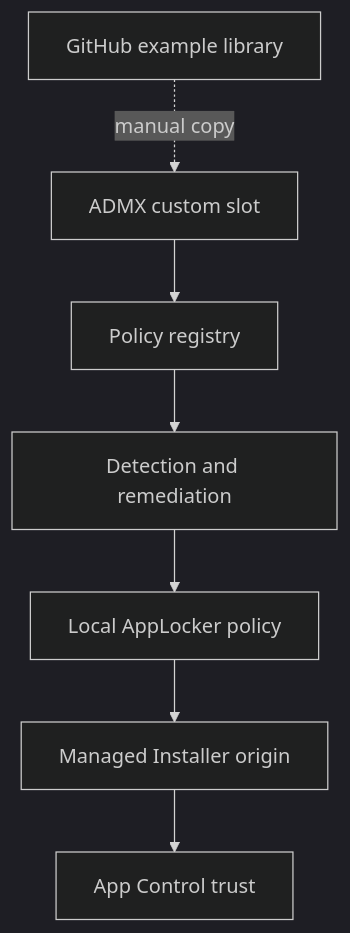
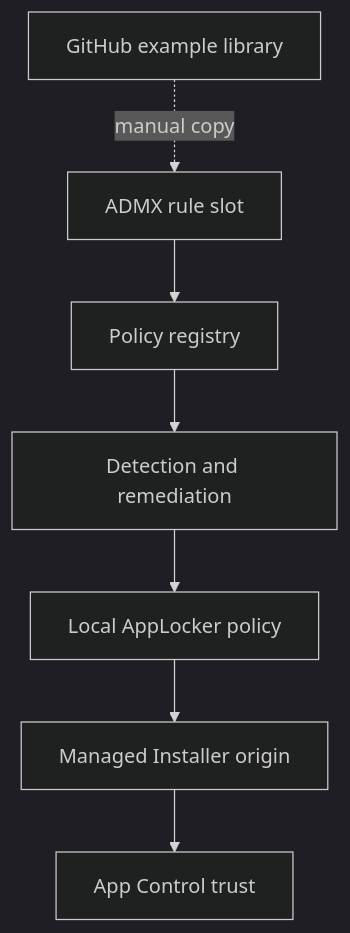
One commit to roryvossepoel/windows-managed-installer-toolkit changed the diagram in docs/architecture.md. Above: the diagram before and after it, drawn with Mermaid (dark theme). The commit also changed other lines of this file, not shown here.

Commit message:
Simplify Managed Installer rule configuration

````diff
--- a/docs/architecture.md
+++ b/docs/architecture.md
@@ -5,9 +5,9 @@
 ```mermaid
 flowchart TD
-    L[GitHub example library] -. manual copy .-> A[ADMX custom slot]
+    L[GitHub example library] -. manual copy .-> A[ADMX rule slot]
     A --> B[Policy registry]
     B --> C[Detection and remediation]
     C --> D[Local AppLocker policy]
     D --> E[Managed Installer origin]
     E --> F[App Control trust]
 ```
````
